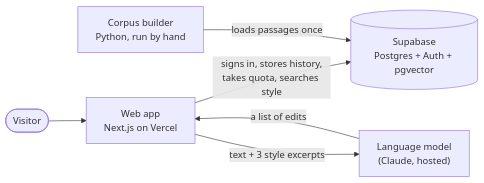
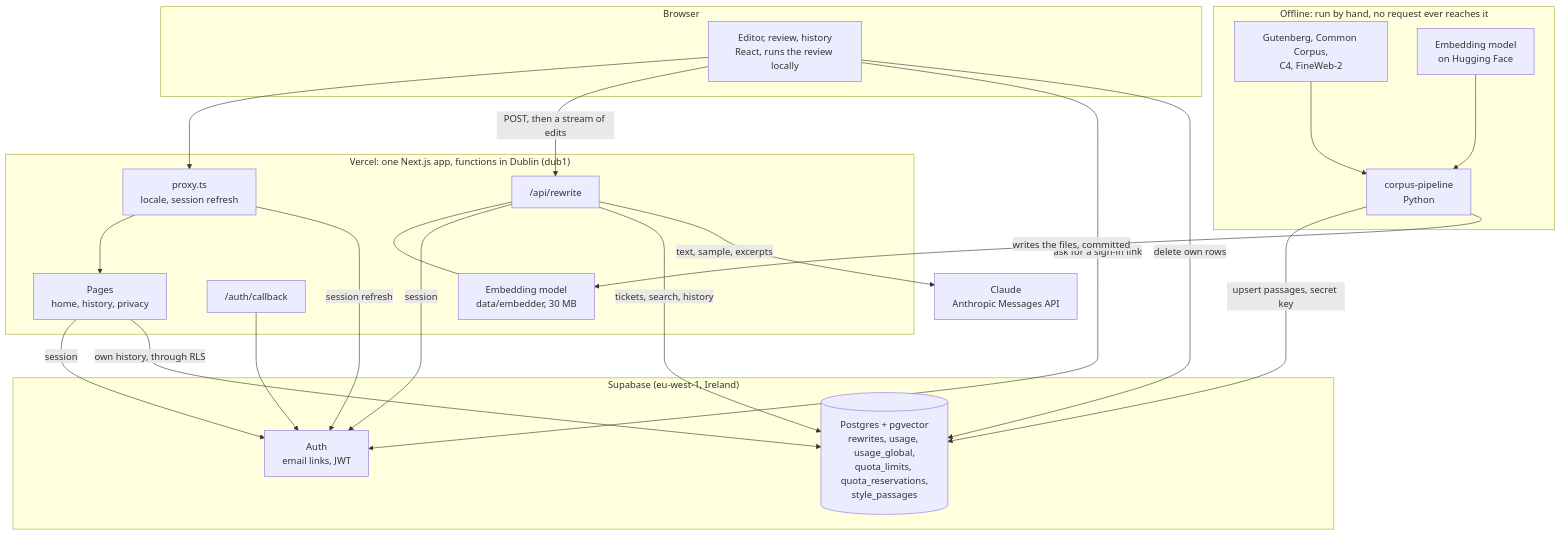
One commit to Azekf11/IA_Writing changed the first of 3 diagrams in docs/ARCHITECTURE.md. Above: the diagram before and after it, drawn with Mermaid. The commit also changed other lines of this file and 201 other files, not shown here.

First line of the commit message:
Enforce the quota in the database, clean the repository, document the architecture

````diff
--- a/docs/ARCHITECTURE.md
+++ b/docs/ARCHITECTURE.md
@@ -11,8 +8,44 @@
 ```mermaid
-flowchart LR
-    U([Visitor]) --> W["Web app<br/>Next.js on Vercel"]
-    W -->|"signs in, stores history,<br/>takes quota, searches style"| D[("Supabase<br/>Postgres + Auth + pgvector")]
-    W -->|"text + 3 style excerpts"| M["Language model<br/>(Claude, hosted)"]
-    M -->|"a list of edits"| W
-    C["Corpus builder<br/>Python, run by hand"] -->|"loads passages once"| D
+flowchart TB
+    subgraph browser [Browser]
+        UI["Editor, review, history<br/>React, runs the review locally"]
+    end
+
+    subgraph vercel ["Vercel: one Next.js app, functions in Dublin (dub1)"]
+        PROXY["proxy.ts<br/>locale, session refresh"]
+        PAGES["Pages<br/>home, history, privacy"]
+        CALLBACK["/auth/callback"]
+        ROUTE["/api/rewrite"]
+        EMBEDDER["Embedding model<br/>data/embedder, 30 MB"]
+        ROUTE --- EMBEDDER
+    end
+
+    subgraph supabase ["Supabase (eu-west-1, Ireland)"]
+        AUTH["Auth<br/>email links, JWT"]
+        DB[("Postgres + pgvector<br/>rewrites, usage, usage_global,<br/>quota_limits, quota_reservations,<br/>style_passages")]
+    end
+
+    MODEL["Claude<br/>Anthropic Messages API"]
+
+    subgraph offline ["Offline: run by hand, no request ever reaches it"]
+        SOURCES["Gutenberg, Common Corpus,<br/>C4, FineWeb-2"]
+        HF["Embedding model<br/>on Hugging Face"]
+        PIPELINE["corpus-pipeline<br/>Python"]
+        SOURCES --> PIPELINE
+        HF --> PIPELINE
+    end
+
+    UI --> PROXY --> PAGES
+    UI -->|"POST, then a stream of edits"| ROUTE
+    UI -->|"ask for a sign-in link"| AUTH
+    UI -->|"delete own rows"| DB
+    CALLBACK --> AUTH
+    PROXY -->|"session refresh"| AUTH
+    PAGES -->|"session"| AUTH
+    PAGES -->|"own history, through RLS"| DB
+    ROUTE -->|"session"| AUTH
+    ROUTE -->|"tickets, search, history"| DB
+    ROUTE -->|"text, sample, excerpts"| MODEL
+    PIPELINE -->|"upsert passages, secret key"| DB
+    PIPELINE -->|"writes the files, committed"| EMBEDDER
 ```
````
